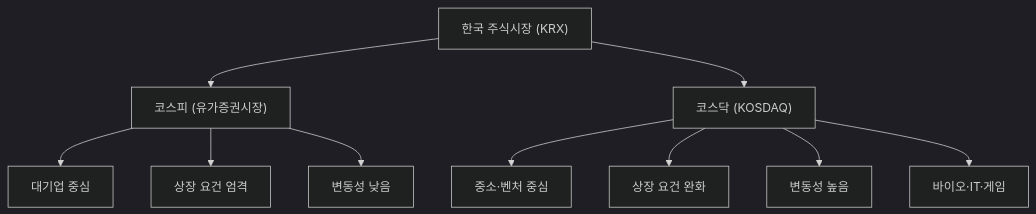
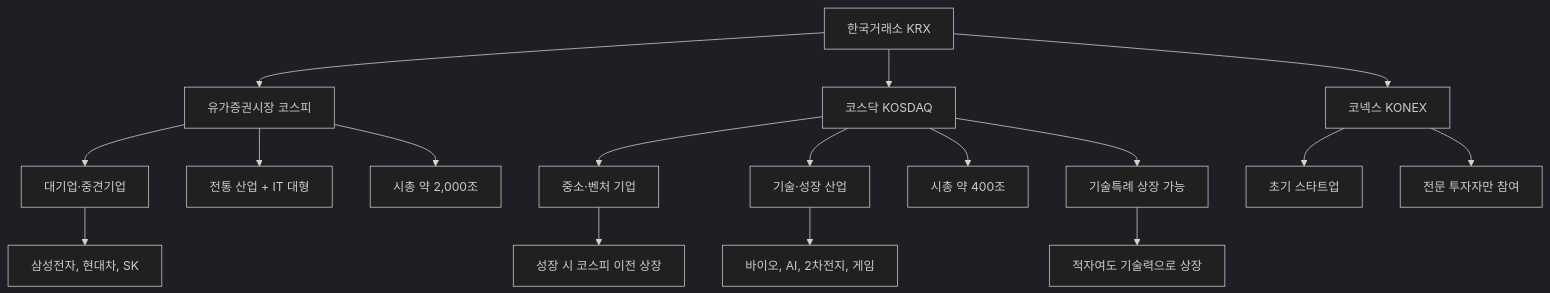
One commit to yeongseon/stock-visual-note changed the diagram in content/stock-terms/ko/level-01-basic/kosdaq.md. Above: the diagram before and after it, drawn with Mermaid (dark theme). The commit also changed other lines of this file, not shown here.

Commit message:
content: rewrite kosdaq.md — add IT bubble history, bio venture scenario, 4-market comparison table, lockup analysis

````diff
--- a/content/stock-terms/ko/level-01-basic/kosdaq.md
+++ b/content/stock-terms/ko/level-01-basic/kosdaq.md
@@ -49,12 +50,23 @@
 ```mermaid
 graph TD
-    A["한국 주식시장 (KRX)"] --> B["코스피 (유가증권시장)"]
-    A --> C["코스닥 (KOSDAQ)"]
-    B --> B1["대기업 중심"]
-    B --> B2["상장 요건 엄격"]
-    B --> B3["변동성 낮음"]
-    C --> C1["중소·벤처 중심"]
-    C --> C2["상장 요건 완화"]
-    C --> C3["변동성 높음"]
-    C --> C4["바이오·IT·게임"]
+    A["한국거래소 KRX"] --> B["유가증권시장 코스피"]
+    A --> C["코스닥 KOSDAQ"]
+    A --> D["코넥스 KONEX"]
+
+    B --> B1["대기업·중견기업"]
+    B --> B2["전통 산업 + IT 대형"]
+    B --> B3["시총 약 2,000조"]
+
+    C --> C1["중소·벤처 기업"]
+    C --> C2["기술·성장 산업"]
+    C --> C3["시총 약 400조"]
+    C --> C4["기술특례 상장 가능"]
+
+    D --> D1["초기 스타트업"]
+    D --> D2["전문 투자자만 참여"]
+
+    C1 --> E["성장 시 코스피 이전 상장"]
+    B1 --> F["삼성전자, 현대차, SK"]
+    C2 --> G["바이오, AI, 2차전지, 게임"]
+    C4 --> H["적자여도 기술력으로 상장"]
 ```
````
